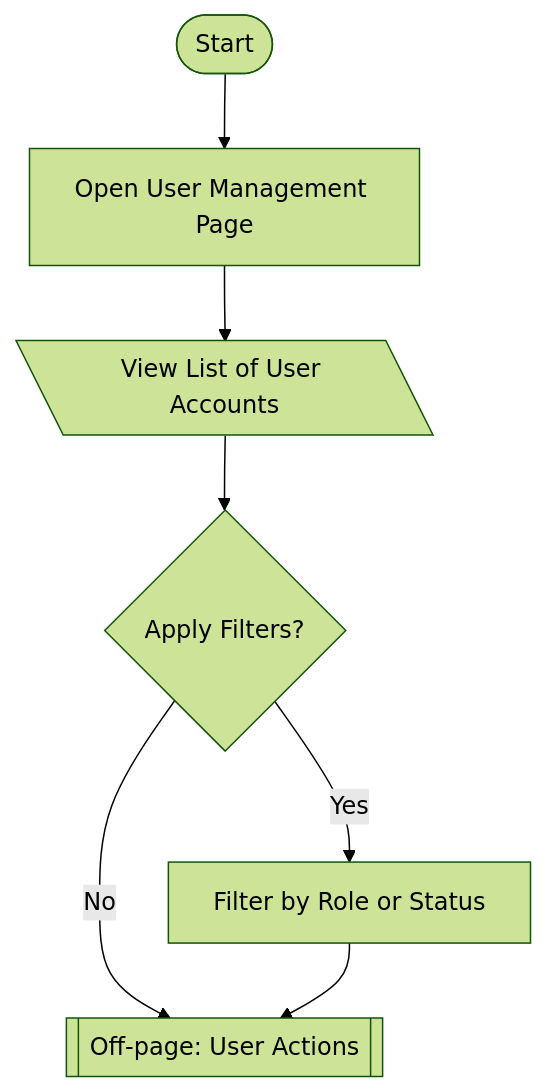
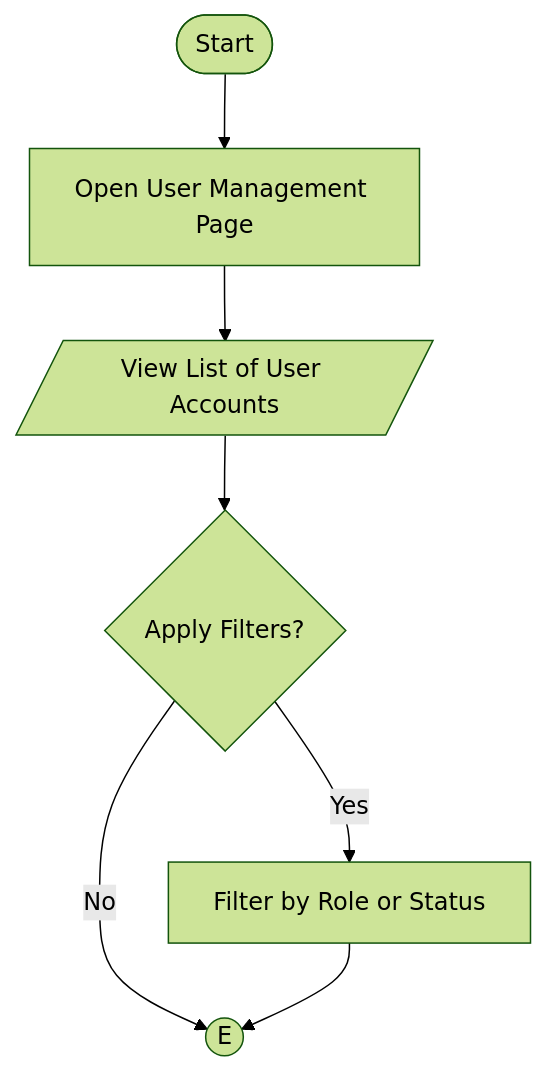
Diagram 15 of 33 in Manuscript/diagrams.md (Jechrispotato/Refractor), drawn with Mermaid (forest theme) before and after one commit. The commit also changed other lines of this file and 2 other files, not shown here.

````diff
--- a/Manuscript/diagrams.md
+++ b/Manuscript/diagrams.md
@@ -311,9 +311,9 @@
 ```mermaid
 flowchart TD
     Start([Start]) --> Open[Open User Management Page]
-    Open --> Users[\View List of User Accounts\]
+    Open --> Users[/View List of User Accounts/]
     Users --> Filter{Apply Filters?}
     Filter -->|Yes| Search[Filter by Role or Status]
-    Filter -->|No| OP1[[Off-page: User Actions]]
+    Filter -->|No| OP1((E))
     Search --> OP1
 ```
````
